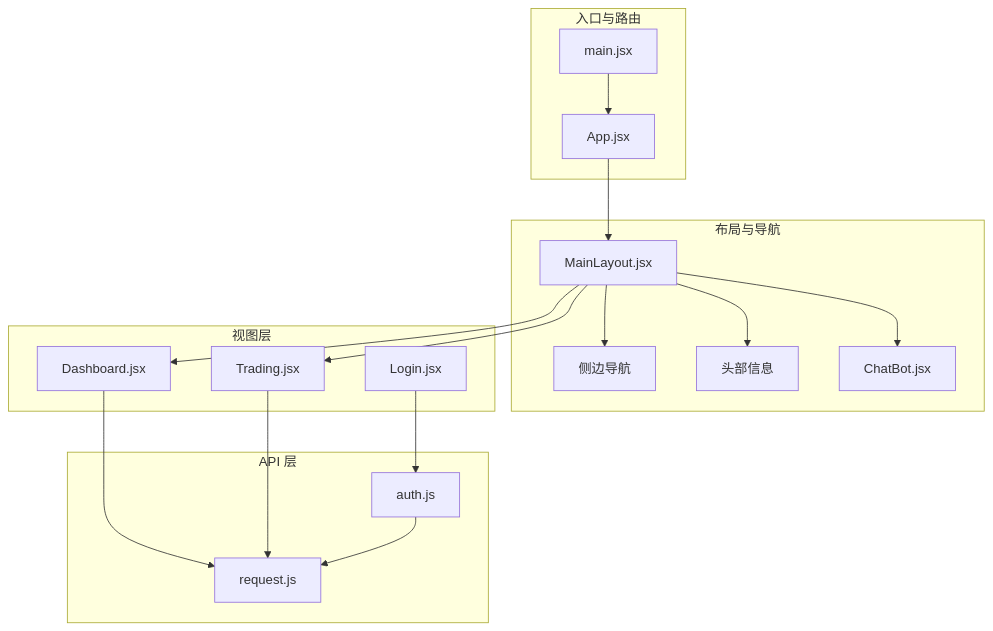
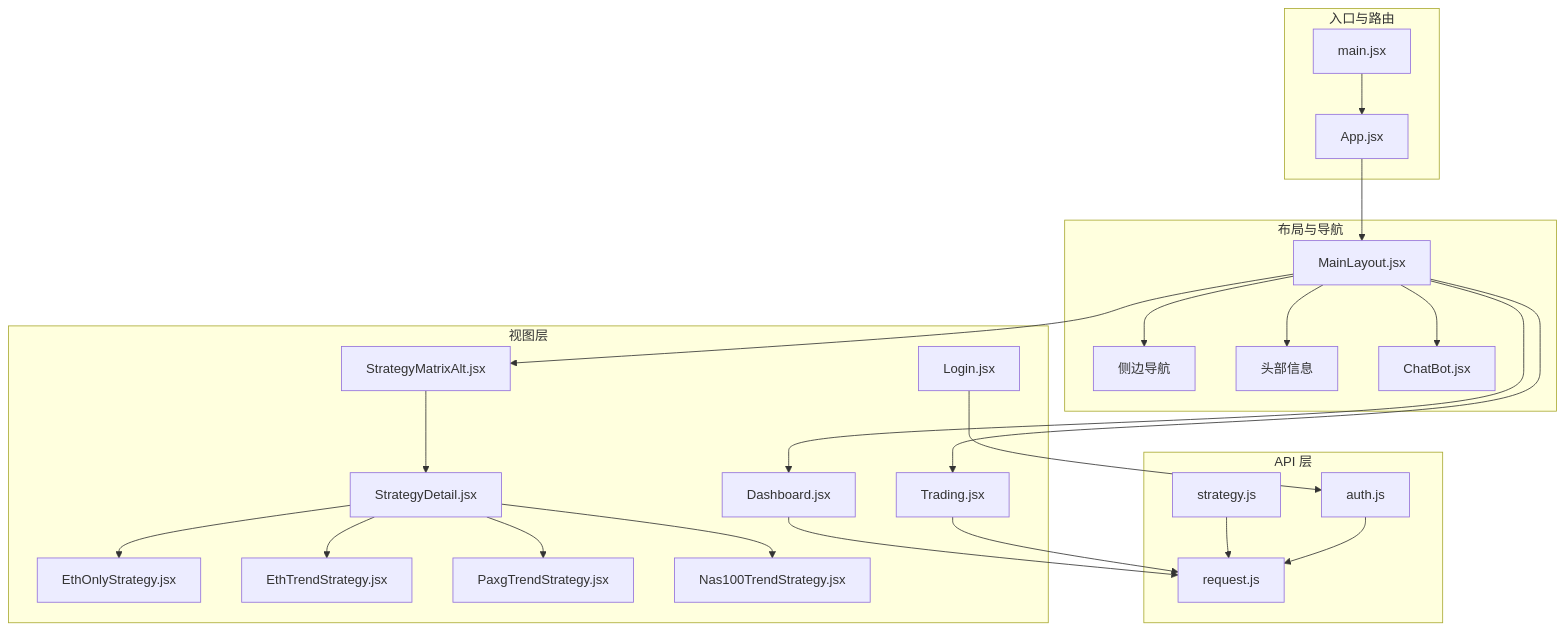
One commit to zyf266/ending changed the second of 10 diagrams in .qoder/repowiki/zh/content/前端应用架构/前端应用架构.md. Above: the diagram before and after it, drawn with Mermaid. The commit also changed other lines of this file and 40 other files, not shown here.

````diff
--- a/.qoder/repowiki/zh/content/前端应用架构/前端应用架构.md
+++ b/.qoder/repowiki/zh/content/前端应用架构/前端应用架构.md
@@ -105,27 +133,41 @@
 ```mermaid
 graph TB
 subgraph "入口与路由"
 M["main.jsx"] --> R["App.jsx"]
 end
 subgraph "布局与导航"
 R --> L["MainLayout.jsx"]
 L --> N["侧边导航"]
 L --> H["头部信息"]
 L --> C["ChatBot.jsx"]
 end
 subgraph "视图层"
 D["Dashboard.jsx"]
 T["Trading.jsx"]
 S["Login.jsx"]
+SM["StrategyMatrixAlt.jsx"]
+SD["StrategyDetail.jsx"]
+EOS["EthOnlyStrategy.jsx"]
+ETS["EthTrendStrategy.jsx"]
+PTS["PaxgTrendStrategy.jsx"]
+NTS["Nas100TrendStrategy.jsx"]
 end
 subgraph "API 层"
 X["request.js"]
 A["auth.js"]
+STR["strategy.js"]
 end
 L --> D
 L --> T
+L --> SM
+SM --> SD
+SD --> EOS
+SD --> ETS
+SD --> PTS
+SD --> NTS
 S --> A
 D --> X
 T --> X
+STR --> X
 A --> X
 ```
````
